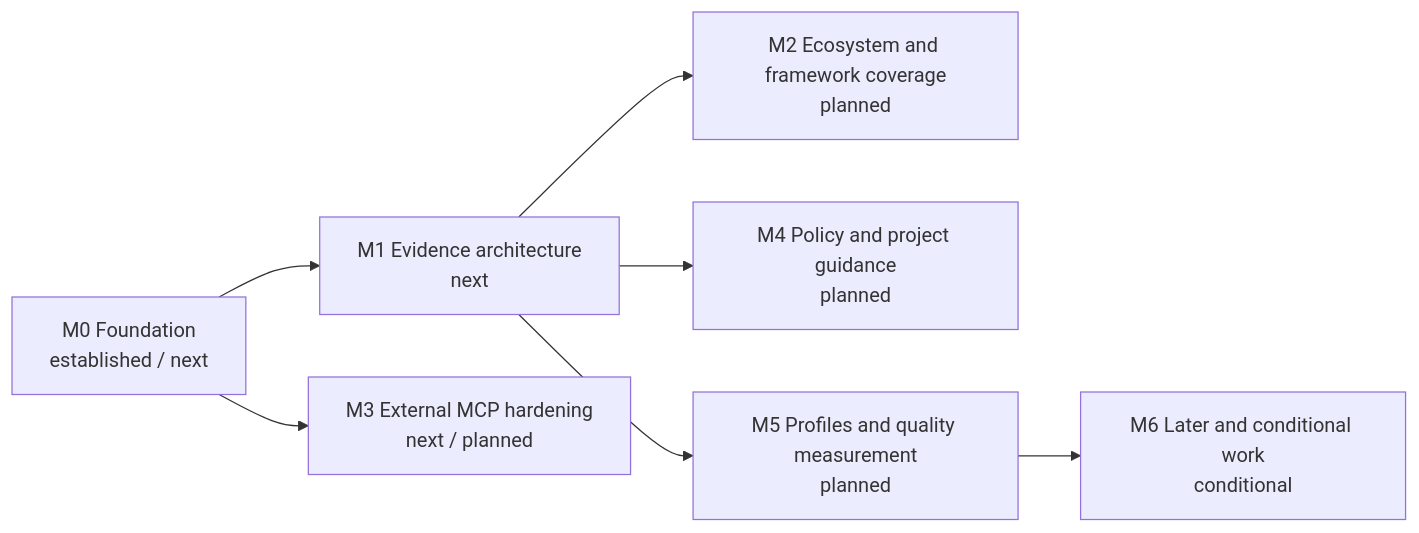
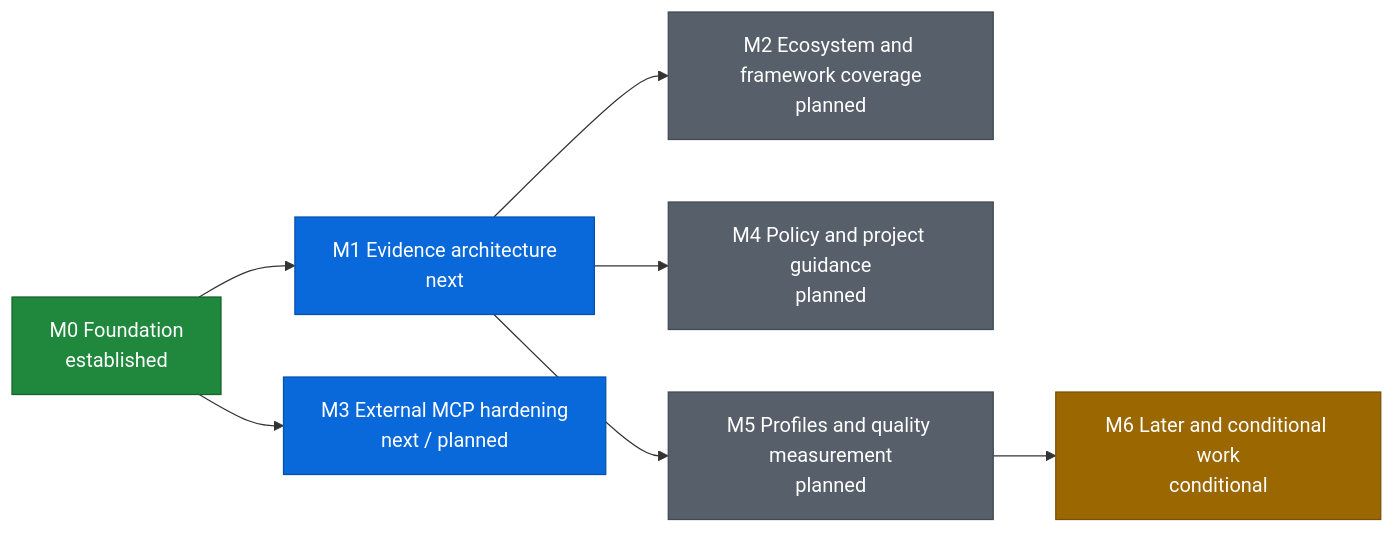
One commit to xeonvs/open-code-review-toolkit changed the diagram in ROADMAP.md. Above: the diagram before and after it, drawn with Mermaid. The commit also changed other lines of this file and 4 other files, not shown here.

First line of the commit message:
Reconcile M0 roadmap and backlog state (#29)

````diff
--- a/ROADMAP.md
+++ b/ROADMAP.md
@@ -7,9 +8,19 @@
 ```mermaid
 flowchart LR
-    M0["M0 Foundation<br/>established / next"] --> M1["M1 Evidence architecture<br/>next"]
+    M0["M0 Foundation<br/>established"] --> M1["M1 Evidence architecture<br/>next"]
     M0 --> M3["M3 External MCP hardening<br/>next / planned"]
     M1 --> M2["M2 Ecosystem and framework coverage<br/>planned"]
     M1 --> M4["M4 Policy and project guidance<br/>planned"]
     M1 --> M5["M5 Profiles and quality measurement<br/>planned"]
     M5 --> M6["M6 Later and conditional work<br/>conditional"]
+
+    classDef established fill:#1f883d,stroke:#116329,color:#ffffff
+    classDef next fill:#0969da,stroke:#0550ae,color:#ffffff
+    classDef planned fill:#57606a,stroke:#424a53,color:#ffffff
+    classDef conditional fill:#9a6700,stroke:#7d4e00,color:#ffffff
+
+    class M0 established
+    class M1,M3 next
+    class M2,M4,M5 planned
+    class M6 conditional
 ```
````
